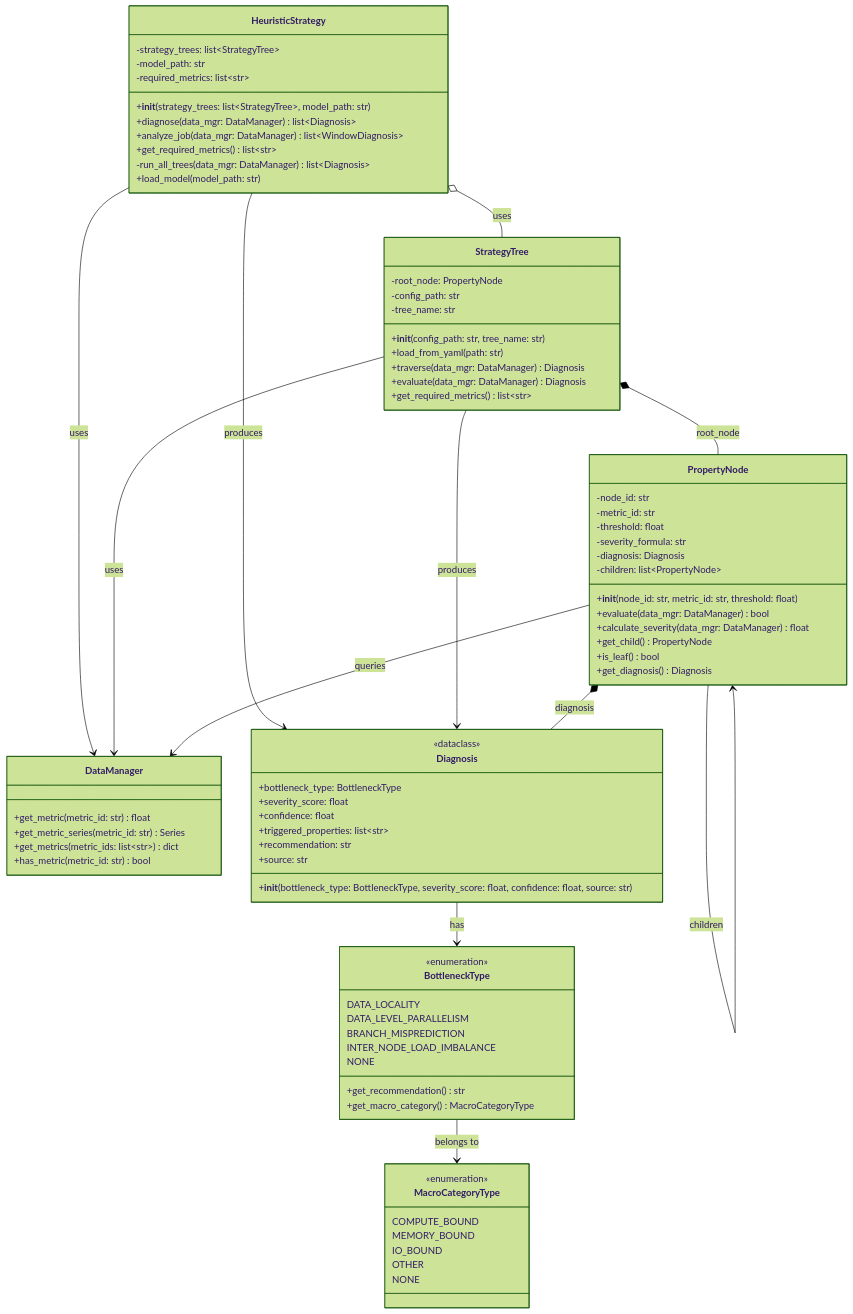
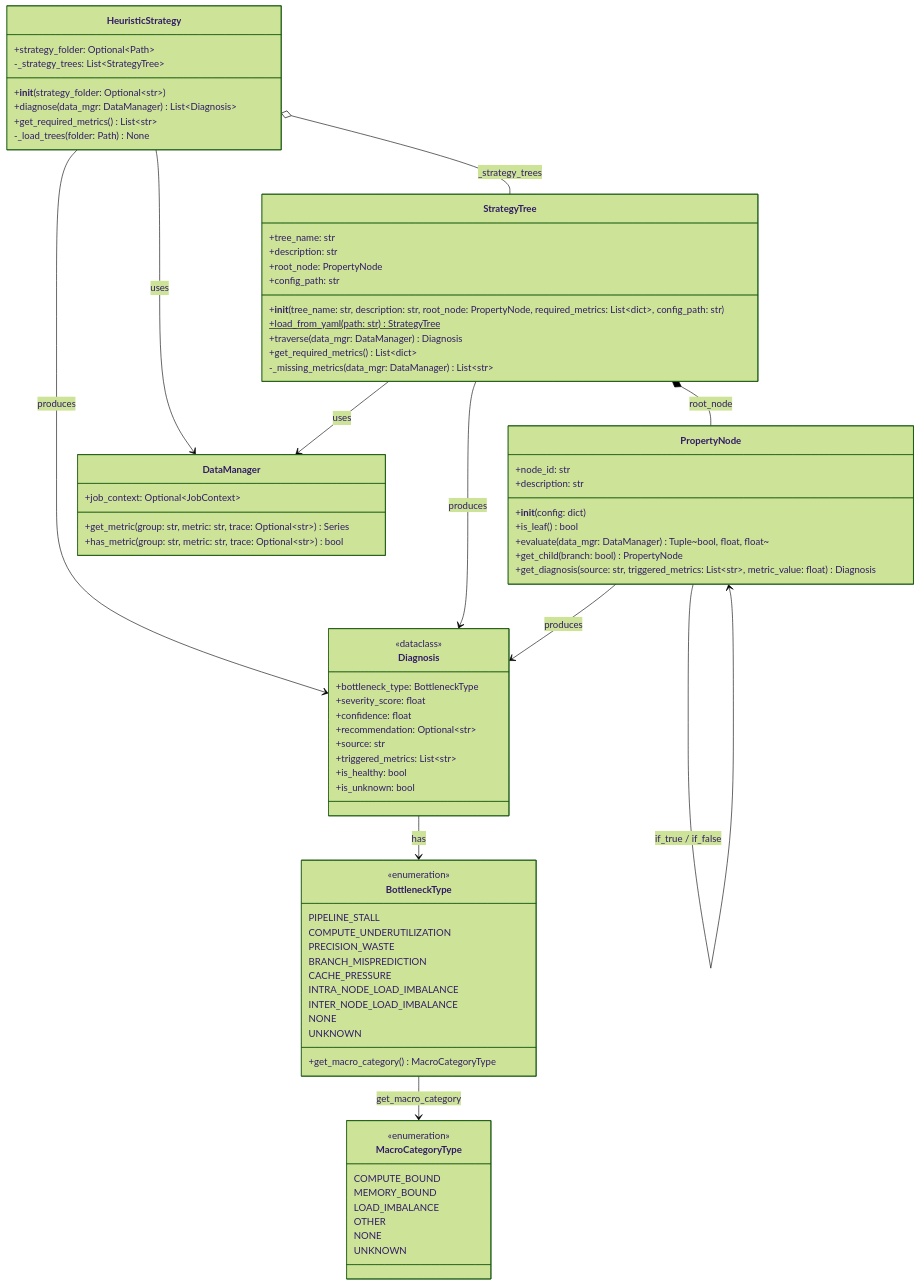
Before and after one commit to Crippius/hpc-bottleneck-detector: the diagram in docs/class-diagrams/5-heuristic-components.mmd, drawn with Mermaid (forest theme). The commit also changed 6 other files, not shown here.

Commit message:
docs: Updated class diagrams

```diff
--- a/docs/class-diagrams/5-heuristic-components.mmd
+++ b/docs/class-diagrams/5-heuristic-components.mmd
@@ -1,97 +1,93 @@
 classDiagram
     %% ============================================
     %% HEURISTIC COMPONENTS VIEW
     %% Focus: Decision Tree-Based Diagnosis
     %% ============================================
-    
+
     class HeuristicStrategy {
-        -strategy_trees: list~StrategyTree~
-        -model_path: str
-        -required_metrics: list~str~
-        +__init__(strategy_trees: list~StrategyTree~, model_path: str)
-        +diagnose(data_mgr: DataManager) list~Diagnosis~
-        +analyze_job(data_mgr: DataManager) list~WindowDiagnosis~
-        +get_required_metrics() list~str~
-        -run_all_trees(data_mgr: DataManager) list~Diagnosis~
-        +load_model(model_path: str)
+        +strategy_folder: Optional~Path~
+        -_strategy_trees: List~StrategyTree~
+        +__init__(strategy_folder: Optional~str~)
+        +diagnose(data_mgr: DataManager) List~Diagnosis~
+        +get_required_metrics() List~str~
+        -_load_trees(folder: Path) None
     }
 
     class StrategyTree {
-        -root_node: PropertyNode
-        -config_path: str
-        -tree_name: str
-        +__init__(config_path: str, tree_name: str)
-        +load_from_yaml(path: str)
+        +tree_name: str
+        +description: str
+        +root_node: PropertyNode
+        +config_path: str
+        +__init__(tree_name: str, description: str, root_node: PropertyNode, required_metrics: List~dict~, config_path: str)
+        +load_from_yaml(path: str) StrategyTree$
         +traverse(data_mgr: DataManager) Diagnosis
-        +evaluate(data_mgr: DataManager) Diagnosis
-        +get_required_metrics() list~str~
+        +get_required_metrics() List~dict~
+        -_missing_metrics(data_mgr: DataManager) List~str~
     }
 
     class PropertyNode {
-        -node_id: str
-        -metric_id: str
-        -threshold: float
-        -severity_formula: str
-        -diagnosis: Diagnosis
-        -children: list~PropertyNode~
-        +__init__(node_id: str, metric_id: str, threshold: float)
-        +evaluate(data_mgr: DataManager) bool
-        +calculate_severity(data_mgr: DataManager) float
-        +get_child() PropertyNode
+        +node_id: str
+        +description: str
+        +__init__(config: dict)
         +is_leaf() bool
-        +get_diagnosis() Diagnosis
+        +evaluate(data_mgr: DataManager) Tuple~bool, float, float~
+        +get_child(branch: bool) PropertyNode
+        +get_diagnosis(source: str, triggered_metrics: List~str~, metric_value: float) Diagnosis
     }
 
     class DataManager {
-        +get_metric(metric_id: str) float
-        +get_metric_series(metric_id: str) Series
-        +get_metrics(metric_ids: list~str~) dict
-        +has_metric(metric_id: str) bool
+        +get_metric(group: str, metric: str, trace: Optional~str~) Series
+        +has_metric(group: str, metric: str, trace: Optional~str~) bool
+        +job_context: Optional~JobContext~
     }
 
     class Diagnosis {
         <<dataclass>>
         +bottleneck_type: BottleneckType
         +severity_score: float
         +confidence: float
-        +triggered_properties: list~str~
-        +recommendation: str
+        +recommendation: Optional~str~
         +source: str
-        +__init__(bottleneck_type: BottleneckType, severity_score: float, confidence: float, source: str)
+        +triggered_metrics: List~str~
+        +is_healthy: bool
+        +is_unknown: bool
     }
 
     class BottleneckType {
         <<enumeration>>
-        DATA_LOCALITY
-        DATA_LEVEL_PARALLELISM
+        PIPELINE_STALL
+        COMPUTE_UNDERUTILIZATION
+        PRECISION_WASTE
         BRANCH_MISPREDICTION
+        CACHE_PRESSURE
+        INTRA_NODE_LOAD_IMBALANCE
         INTER_NODE_LOAD_IMBALANCE
         NONE
-        +get_recommendation() str
+        UNKNOWN
         +get_macro_category() MacroCategoryType
     }
 
     class MacroCategoryType {
         <<enumeration>>
         COMPUTE_BOUND
         MEMORY_BOUND
-        IO_BOUND
+        LOAD_IMBALANCE
         OTHER
         NONE
+        UNKNOWN
     }
 
     %% Relationships
-    HeuristicStrategy o-- StrategyTree : uses
+    HeuristicStrategy o-- StrategyTree : _strategy_trees
     HeuristicStrategy --> DataManager : uses
     HeuristicStrategy --> Diagnosis : produces
 
     StrategyTree *-- PropertyNode : root_node
     StrategyTree --> DataManager : uses
     StrategyTree --> Diagnosis : produces
 
-    PropertyNode --> PropertyNode : children
-    PropertyNode *-- Diagnosis : diagnosis
-    PropertyNode --> DataManager : queries
+    PropertyNode --> PropertyNode : if_true / if_false
+    PropertyNode --> Diagnosis : produces
 
     Diagnosis --> BottleneckType : has
-    BottleneckType --> MacroCategoryType : belongs to
+    BottleneckType --> MacroCategoryType : get_macro_category
```
